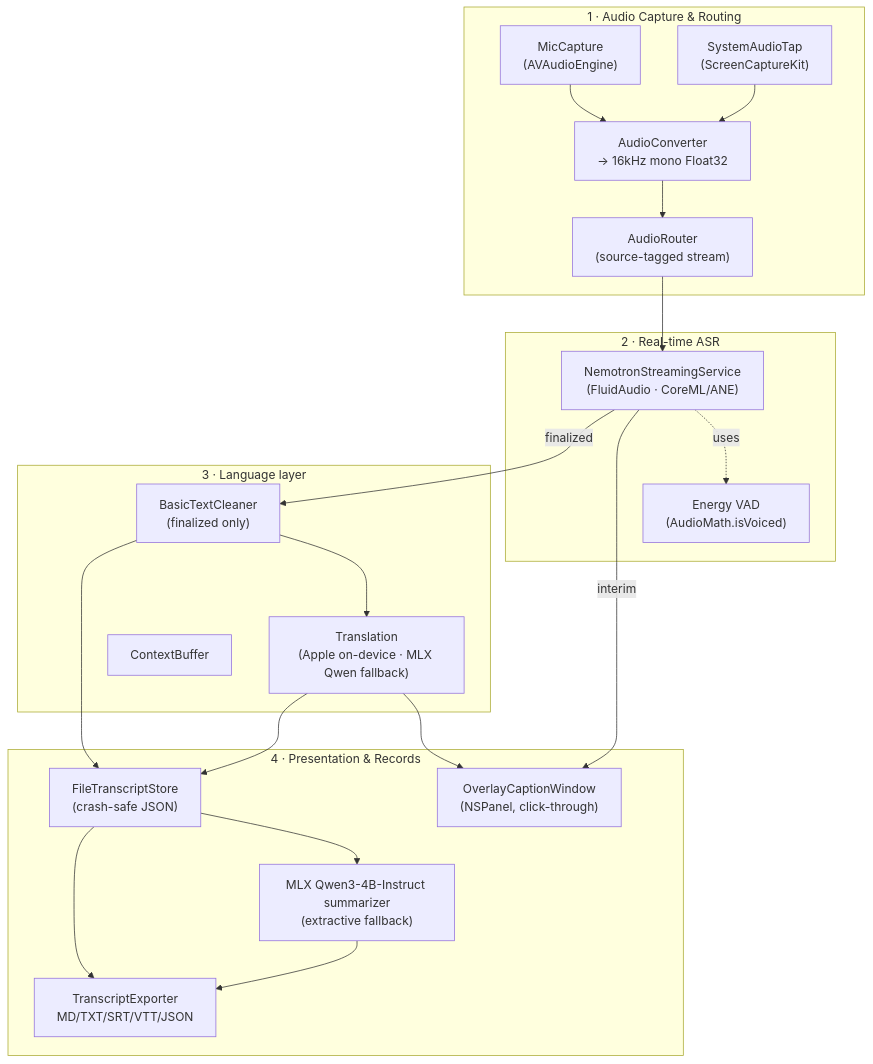
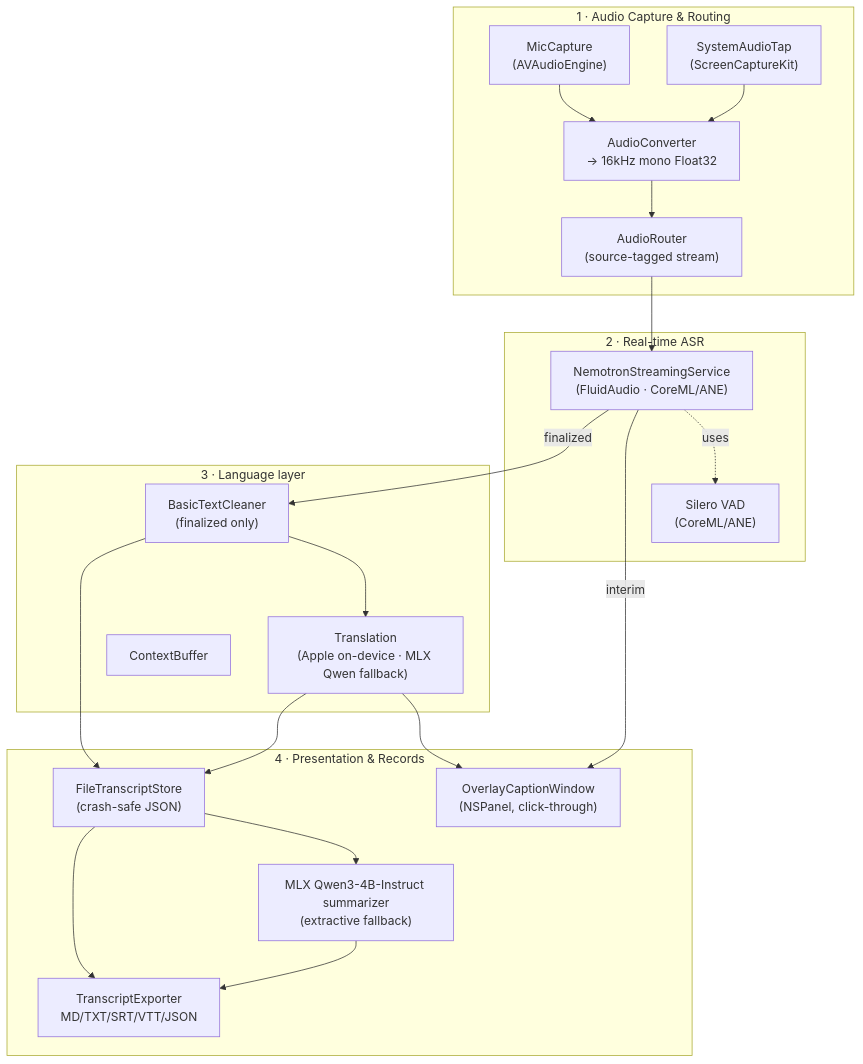
One commit to huang422/EdgeAI-Flow-Translate changed the first of 2 diagrams in README.md. Above: the diagram before and after it, drawn with Mermaid. The commit also changed other lines of this file and 15 other files, not shown here.

Commit message:
feat: Add Silero VAD and CI/CD github release-please workflow

````diff
--- a/README.md
+++ b/README.md
@@ -192,42 +192,42 @@
 ```mermaid
 flowchart TB
     subgraph Capture["1 · Audio Capture & Routing"]
         MIC["MicCapture<br/>(AVAudioEngine)"]
         SYS["SystemAudioTap<br/>(ScreenCaptureKit)"]
         CONV["AudioConverter<br/>→ 16kHz mono Float32"]
         ROUTER["AudioRouter<br/>(source-tagged stream)"]
         MIC --> CONV
         SYS --> CONV
         CONV --> ROUTER
     end
 
     subgraph ASR["2 · Real-time ASR"]
         NEMO["NemotronStreamingService<br/>(FluidAudio · CoreML/ANE)"]
-        VAD["Energy VAD<br/>(AudioMath.isVoiced)"]
+        VAD["Silero VAD<br/>(CoreML/ANE)"]
         ROUTER --> NEMO
         NEMO -. uses .-> VAD
     end
 
     subgraph Lang["3 · Language layer"]
         CLEAN["BasicTextCleaner<br/>(finalized only)"]
         TRANS["Translation<br/>(Apple on-device · MLX Qwen fallback)"]
         CTX["ContextBuffer"]
     end
 
     subgraph UX["4 · Presentation & Records"]
         OVERLAY["OverlayCaptionWindow<br/>(NSPanel, click-through)"]
         STORE["FileTranscriptStore<br/>(crash-safe JSON)"]
         SUM["MLX Qwen3-4B-Instruct summarizer<br/>(extractive fallback)"]
         EXPORT["TranscriptExporter<br/>MD/TXT/SRT/VTT/JSON"]
     end
 
     NEMO -- "interim" --> OVERLAY
     NEMO -- "finalized" --> CLEAN
     CLEAN --> TRANS
     CLEAN --> STORE
     TRANS --> OVERLAY
     TRANS --> STORE
     STORE --> SUM
     STORE --> EXPORT
     SUM --> EXPORT
 ```
````
